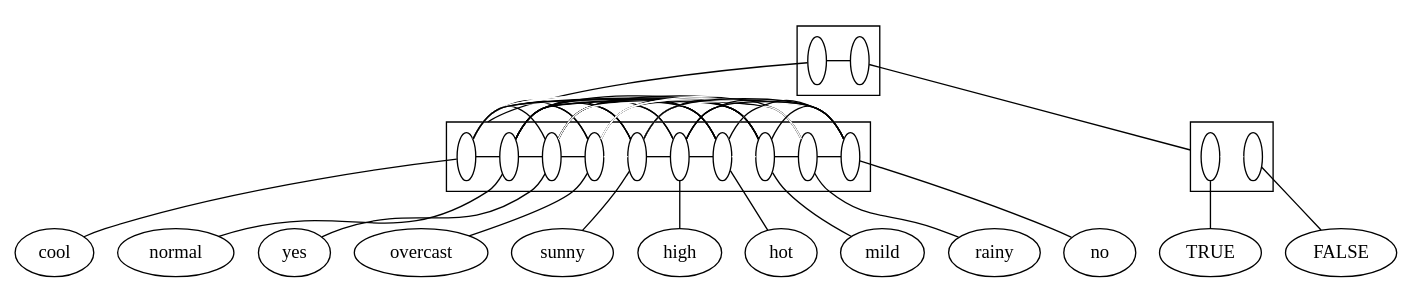
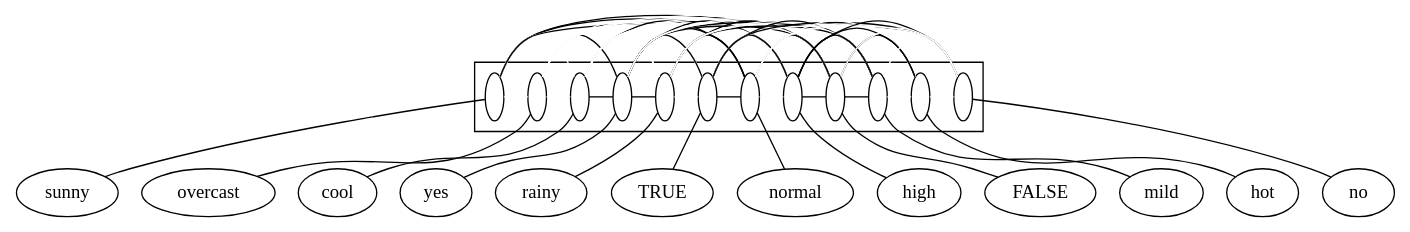
The diagram in src/final/plain2-structure.dot (lrodrin/TFG), drawn with Graphviz before and after one commit. The commit also changed 10 other files, not shown here.

```diff
--- a/src/final/plain2-structure.dot
+++ b/src/final/plain2-structure.dot
@@ -1,111 +1,112 @@
 digraph G {
 compound=True;
+sunny;
+overcast;
 cool;
+yes;
+rainy;
+TRUE;
 normal;
-yes;
-overcast;
-sunny;
 high;
+FALSE;
+mild;
 hot;
-mild;
-rainy;
 no;
-TRUE;
-FALSE;
-subgraph cluster_TRUEnormalrainyhighFALSEhotovercastsunnynocoolmildyes {
-s_normalrainyhighhotovercastsunnynocoolmildyes [label=" ", fillcolor=white, fixedsize=True, width=0.2];
-s_TRUEFALSE [label=" ", fillcolor=white, fixedsize=True, width=0.2];
+subgraph cluster_mildrainynoovercasthothighFALSEyesnormalsunnyTRUEcool {
+s_sunny [label=" ", fixedsize=True, fillcolor=white, width=0.2];
+s_overcast [label=" ", fixedsize=True, fillcolor=white, width=0.2];
+s_cool [label=" ", fixedsize=True, fillcolor=white, width=0.2];
+s_yes [label=" ", fixedsize=True, fillcolor=white, width=0.2];
+s_rainy [label=" ", fixedsize=True, fillcolor=white, width=0.2];
+s_TRUE [label=" ", fixedsize=True, fillcolor=white, width=0.2];
+s_normal [label=" ", fixedsize=True, fillcolor=white, width=0.2];
+s_high [label=" ", fixedsize=True, fillcolor=white, width=0.2];
+s_FALSE [label=" ", fixedsize=True, fillcolor=white, width=0.2];
+s_mild [label=" ", fixedsize=True, fillcolor=white, width=0.2];
+s_hot [label=" ", fixedsize=True, fillcolor=white, width=0.2];
+s_no [label=" ", fixedsize=True, fillcolor=white, width=0.2];
 subgraph  {
 rank=same;
-s_normalrainyhighhotovercastsunnynocoolmildyes -> s_TRUEFALSE  [arrowhead=none, color=black];
+s_sunny -> s_overcast  [arrowhead=none, color=white];
+s_sunny -> s_cool  [arrowhead=none, color=white];
+s_sunny -> s_yes  [arrowhead=none, color=white];
+s_sunny -> s_rainy  [arrowhead=none, color=white];
+s_sunny -> s_TRUE  [arrowhead=none, color=white];
+s_sunny -> s_normal  [arrowhead=none, color=white];
+s_sunny -> s_high  [arrowhead=none, color=black];
+s_sunny -> s_FALSE  [arrowhead=none, color=black];
+s_sunny -> s_mild  [arrowhead=none, color=white];
+s_sunny -> s_hot  [arrowhead=none, color=white];
+s_sunny -> s_no  [arrowhead=none, color=black];
+s_overcast -> s_cool  [arrowhead=none, color=white];
+s_overcast -> s_yes  [arrowhead=none, color=black];
+s_overcast -> s_rainy  [arrowhead=none, color=white];
+s_overcast -> s_TRUE  [arrowhead=none, color=white];
+s_overcast -> s_normal  [arrowhead=none, color=white];
+s_overcast -> s_high  [arrowhead=none, color=white];
+s_overcast -> s_FALSE  [arrowhead=none, color=white];
+s_overcast -> s_mild  [arrowhead=none, color=white];
+s_overcast -> s_hot  [arrowhead=none, color=white];
+s_overcast -> s_no  [arrowhead=none, color=white];
+s_cool -> s_yes  [arrowhead=none, color=black];
+s_cool -> s_rainy  [arrowhead=none, color=white];
+s_cool -> s_TRUE  [arrowhead=none, color=white];
+s_cool -> s_normal  [arrowhead=none, color=black];
+s_cool -> s_high  [arrowhead=none, color=white];
+s_cool -> s_FALSE  [arrowhead=none, color=white];
+s_cool -> s_mild  [arrowhead=none, color=white];
+s_cool -> s_hot  [arrowhead=none, color=white];
+s_cool -> s_no  [arrowhead=none, color=white];
+s_yes -> s_rainy  [arrowhead=none, color=black];
+s_yes -> s_TRUE  [arrowhead=none, color=black];
+s_yes -> s_normal  [arrowhead=none, color=black];
+s_yes -> s_high  [arrowhead=none, color=black];
+s_yes -> s_FALSE  [arrowhead=none, color=black];
+s_yes -> s_mild  [arrowhead=none, color=black];
+s_yes -> s_hot  [arrowhead=none, color=white];
+s_yes -> s_no  [arrowhead=none, color=white];
+s_rainy -> s_TRUE  [arrowhead=none, color=white];
+s_rainy -> s_normal  [arrowhead=none, color=black];
+s_rainy -> s_high  [arrowhead=none, color=white];
+s_rainy -> s_FALSE  [arrowhead=none, color=black];
+s_rainy -> s_mild  [arrowhead=none, color=black];
+s_rainy -> s_hot  [arrowhead=none, color=white];
+s_rainy -> s_no  [arrowhead=none, color=white];
+s_TRUE -> s_normal  [arrowhead=none, color=black];
+s_TRUE -> s_high  [arrowhead=none, color=black];
+s_TRUE -> s_FALSE  [arrowhead=none, color=white];
+s_TRUE -> s_mild  [arrowhead=none, color=black];
+s_TRUE -> s_hot  [arrowhead=none, color=white];
+s_TRUE -> s_no  [arrowhead=none, color=black];
+s_normal -> s_high  [arrowhead=none, color=white];
+s_normal -> s_FALSE  [arrowhead=none, color=black];
+s_normal -> s_mild  [arrowhead=none, color=white];
+s_normal -> s_hot  [arrowhead=none, color=white];
+s_normal -> s_no  [arrowhead=none, color=white];
+s_high -> s_FALSE  [arrowhead=none, color=black];
+s_high -> s_mild  [arrowhead=none, color=black];
+s_high -> s_hot  [arrowhead=none, color=black];
+s_high -> s_no  [arrowhead=none, color=black];
+s_FALSE -> s_mild  [arrowhead=none, color=black];
+s_FALSE -> s_hot  [arrowhead=none, color=black];
+s_FALSE -> s_no  [arrowhead=none, color=white];
+s_mild -> s_hot  [arrowhead=none, color=white];
+s_mild -> s_no  [arrowhead=none, color=white];
+s_hot -> s_no  [arrowhead=none, color=white];
 }
 
 }
 
-subgraph cluster_normalrainyhighhotovercastsunnynocoolmildyes {
-s_cool [label=" ", fillcolor=white, fixedsize=True, width=0.2];
-s_normal [label=" ", fillcolor=white, fixedsize=True, width=0.2];
-s_yes [label=" ", fillcolor=white, fixedsize=True, width=0.2];
-s_overcast [label=" ", fillcolor=white, fixedsize=True, width=0.2];
-s_sunny [label=" ", fillcolor=white, fixedsize=True, width=0.2];
-s_high [label=" ", fillcolor=white, fixedsize=True, width=0.2];
-s_hot [label=" ", fillcolor=white, fixedsize=True, width=0.2];
-s_mild [label=" ", fillcolor=white, fixedsize=True, width=0.2];
-s_rainy [label=" ", fillcolor=white, fixedsize=True, width=0.2];
-s_no [label=" ", fillcolor=white, fixedsize=True, width=0.2];
-subgraph  {
-rank=same;
-s_cool -> s_normal  [arrowhead=none, color=black];
-s_cool -> s_yes  [arrowhead=none, color=black];
-s_cool -> s_overcast  [arrowhead=none, color=black];
-s_cool -> s_sunny  [arrowhead=none, color=black];
-s_cool -> s_high  [arrowhead=none, color=white];
-s_cool -> s_hot  [arrowhead=none, color=white];
-s_cool -> s_mild  [arrowhead=none, color=white];
-s_cool -> s_rainy  [arrowhead=none, color=black];
-s_cool -> s_no  [arrowhead=none, color=black];
-s_normal -> s_yes  [arrowhead=none, color=black];
-s_normal -> s_overcast  [arrowhead=none, color=black];
-s_normal -> s_sunny  [arrowhead=none, color=black];
-s_normal -> s_high  [arrowhead=none, color=white];
-s_normal -> s_hot  [arrowhead=none, color=black];
-s_normal -> s_mild  [arrowhead=none, color=black];
-s_normal -> s_rainy  [arrowhead=none, color=black];
-s_normal -> s_no  [arrowhead=none, color=black];
-s_yes -> s_overcast  [arrowhead=none, color=black];
-s_yes -> s_sunny  [arrowhead=none, color=black];
-s_yes -> s_high  [arrowhead=none, color=black];
-s_yes -> s_hot  [arrowhead=none, color=black];
-s_yes -> s_mild  [arrowhead=none, color=black];
-s_yes -> s_rainy  [arrowhead=none, color=black];
-s_yes -> s_no  [arrowhead=none, color=white];
-s_overcast -> s_sunny  [arrowhead=none, color=white];
-s_overcast -> s_high  [arrowhead=none, color=black];
-s_overcast -> s_hot  [arrowhead=none, color=black];
-s_overcast -> s_mild  [arrowhead=none, color=black];
-s_overcast -> s_rainy  [arrowhead=none, color=white];
-s_overcast -> s_no  [arrowhead=none, color=white];
-s_sunny -> s_high  [arrowhead=none, color=black];
-s_sunny -> s_hot  [arrowhead=none, color=black];
-s_sunny -> s_mild  [arrowhead=none, color=black];
-s_sunny -> s_rainy  [arrowhead=none, color=white];
-s_sunny -> s_no  [arrowhead=none, color=black];
-s_high -> s_hot  [arrowhead=none, color=black];
-s_high -> s_mild  [arrowhead=none, color=black];
-s_high -> s_rainy  [arrowhead=none, color=black];
-s_high -> s_no  [arrowhead=none, color=black];
-s_hot -> s_mild  [arrowhead=none, color=white];
-s_hot -> s_rainy  [arrowhead=none, color=white];
-s_hot -> s_no  [arrowhead=none, color=black];
-s_mild -> s_rainy  [arrowhead=none, color=black];
-s_mild -> s_no  [arrowhead=none, color=black];
-s_rainy -> s_no  [arrowhead=none, color=black];
+s_sunny -> sunny  [arrowhead=none];
+s_overcast -> overcast  [arrowhead=none];
+s_cool -> cool  [arrowhead=none];
+s_yes -> yes  [arrowhead=none];
+s_rainy -> rainy  [arrowhead=none];
+s_TRUE -> TRUE  [arrowhead=none];
+s_normal -> normal  [arrowhead=none];
+s_high -> high  [arrowhead=none];
+s_FALSE -> FALSE  [arrowhead=none];
+s_mild -> mild  [arrowhead=none];
+s_hot -> hot  [arrowhead=none];
+s_no -> no  [arrowhead=none];
 }
-
-}
-
-subgraph cluster_TRUEFALSE {
-s_TRUE [label=" ", fillcolor=white, fixedsize=True, width=0.2];
-s_FALSE [label=" ", fillcolor=white, fixedsize=True, width=0.2];
-subgraph  {
-rank=same;
-s_TRUE -> s_FALSE  [arrowhead=none, color=white];
-}
-
-}
-
-s_cool -> cool  [arrowhead=none];
-s_normal -> normal  [arrowhead=none];
-s_yes -> yes  [arrowhead=none];
-s_overcast -> overcast  [arrowhead=none];
-s_sunny -> sunny  [arrowhead=none];
-s_high -> high  [arrowhead=none];
-s_hot -> hot  [arrowhead=none];
-s_mild -> mild  [arrowhead=none];
-s_rainy -> rainy  [arrowhead=none];
-s_no -> no  [arrowhead=none];
-s_TRUE -> TRUE  [arrowhead=none];
-s_FALSE -> FALSE  [arrowhead=none];
-s_normalrainyhighhotovercastsunnynocoolmildyes -> s_cool  [arrowhead=none, lhead=cluster_normalrainyhighhotovercastsunnynocoolmildyes];
-s_TRUEFALSE -> s_TRUE  [arrowhead=none, lhead=cluster_TRUEFALSE];
-}
```
